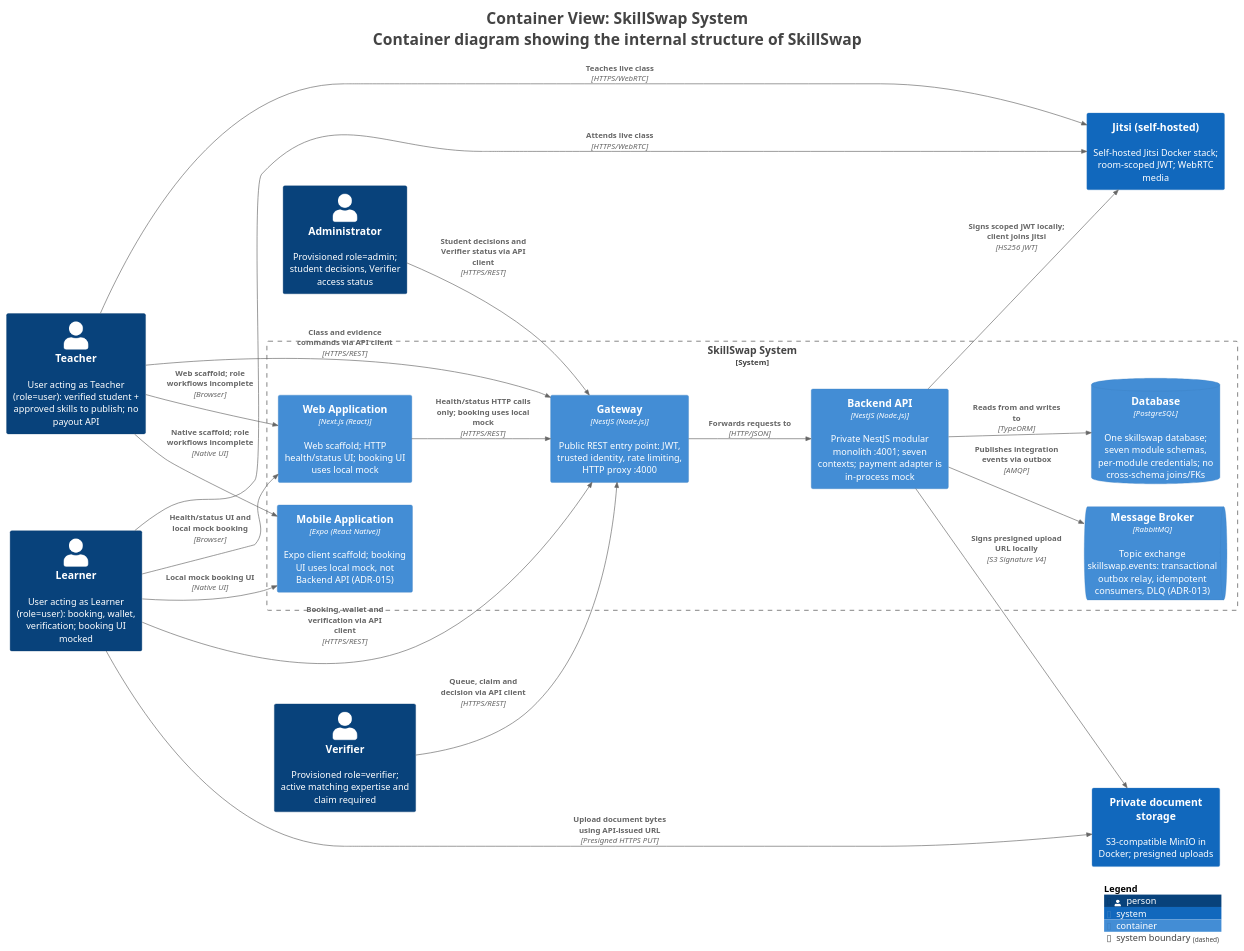
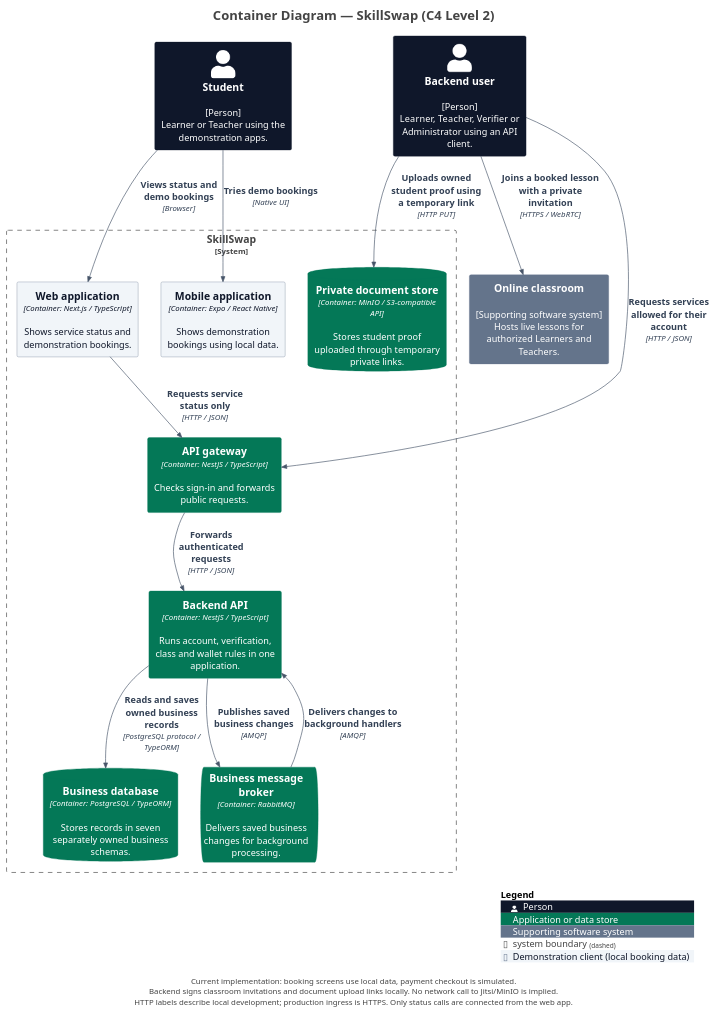
Before and after one commit to trankien022/SkillSwap: the diagram in docs/diagrams/c4/source/structurizr-Containers.puml, drawn with PlantUML. The commit also changed 62 other files, not shown here.

First line of the commit message:
docs(diagrams): refresh diagrams against current code

```diff
--- a/docs/diagrams/c4/source/structurizr-Containers.puml
+++ b/docs/diagrams/c4/source/structurizr-Containers.puml
@@ -1,54 +1,65 @@
 @startuml
-title <size:24>Container View: SkillSwap System</size>\n<size:24>Container diagram showing the internal structure of SkillSwap</size>
+title Container Diagram — SkillSwap (C4 Level 2)
 
 set separator none
-left to right direction
+top to bottom direction
 
 <style>
   root {
     BackgroundColor: #ffffff
     FontColor: #444444
   }
 </style>
 
 !include <C4/C4>
 !include <C4/C4_Context>
 !include <C4/C4_Container>
 
-Person(Learner, "Learner", $descr="User acting as Learner (role=user): booking, wallet, verification; booking UI mocked", $tags="", $link="")
-Person(Teacher, "Teacher", $descr="User acting as Teacher (role=user): verified student + approved skills to publish; no payout API", $tags="", $link="")
-Person(Verifier, "Verifier", $descr="Provisioned role=verifier; active matching expertise and claim required", $tags="", $link="")
-Person(Administrator, "Administrator", $descr="Provisioned role=admin; student decisions, Verifier access status", $tags="", $link="")
-System(Privatedocumentstorage, "Private document storage", $descr="S3-compatible MinIO in Docker; presigned uploads", $tags="", $link="")
-System(Jitsiselfhosted, "Jitsi (self-hosted)", $descr="Self-hosted Jitsi Docker stack; room-scoped JWT; WebRTC media", $tags="", $link="")
+' Presentation only: model elements and relationships come from workspace.dsl.
+skinparam defaultFontName Arial
+skinparam defaultFontSize 14
+skinparam shadowing false
+skinparam nodesep 35
+skinparam ranksep 45
+skinparam footerFontSize 12
+skinparam titleFontSize 20
+UpdateElementStyle("person", $bgColor="#0F172A", $fontColor="#FFFFFF", $borderColor="#0F172A", $legendText="Person")
+UpdateElementStyle("system", $bgColor="#047857", $fontColor="#FFFFFF", $borderColor="#047857", $legendText="Software system in scope")
+UpdateElementStyle("external_system", $bgColor="#64748B", $fontColor="#FFFFFF", $borderColor="#64748B", $legendText="Supporting software system")
+UpdateElementStyle("container", $bgColor="#047857", $fontColor="#FFFFFF", $borderColor="#047857", $legendText="Application or data store")
+UpdateRelStyle($lineColor="#475569", $textColor="#334155")
+AddElementTag("Demo", $bgColor="#F1F5F9", $fontColor="#0F172A", $borderColor="#64748B", $legendText="Demonstration client (local booking data)")
 
-System_Boundary("SkillSwapSystem_boundary", "SkillSwap System", $tags="") {
-  ContainerDb(SkillSwapSystem.Database, "Database", $techn="PostgreSQL", $descr="One skillswap database; seven module schemas, per-module credentials; no cross-schema joins/FKs", $tags="", $link="")
-  ContainerQueue(SkillSwapSystem.MessageBroker, "Message Broker", $techn="RabbitMQ", $descr="Topic exchange skillswap.events: transactional outbox relay, idempotent consumers, DLQ (ADR-013)", $tags="", $link="")
-  Container(SkillSwapSystem.WebApplication, "Web Application", $techn="Next.js (React)", $descr="Web scaffold; HTTP health/status UI; booking UI uses local mock", $tags="", $link="")
-  Container(SkillSwapSystem.MobileApplication, "Mobile Application", $techn="Expo (React Native)", $descr="Expo client scaffold; booking UI uses local mock, not Backend API (ADR-015)", $tags="", $link="")
-  Container(SkillSwapSystem.Gateway, "Gateway", $techn="NestJS (Node.js)", $descr="Public REST entry point: JWT, trusted identity, rate limiting, HTTP proxy :4000", $tags="", $link="")
-  Container(SkillSwapSystem.BackendAPI, "Backend API", $techn="NestJS (Node.js)", $descr="Private NestJS modular monolith :4001; seven contexts; payment adapter is in-process mock", $tags="", $link="")
+Person(Student, "Student", $descr="[Person]\nLearner or Teacher using the demonstration apps.", $tags="", $link="")
+Person(Backenduser, "Backend user", $descr="[Person]\nLearner, Teacher, Verifier or Administrator using an API client.", $tags="", $link="")
+System_Ext(Onlineclassroom, "Online classroom", $descr="[Supporting software system]\nHosts live lessons for authorized Learners and Teachers.", $tags="", $link="")
+
+System_Boundary("SkillSwap_boundary", "SkillSwap", $tags="") {
+  Container(SkillSwap.APIgateway, "API gateway", $techn="Container: NestJS / TypeScript", $descr="Checks sign-in and forwards public requests.", $tags="", $link="")
+  Container(SkillSwap.BackendAPI, "Backend API", $techn="Container: NestJS / TypeScript", $descr="Runs account, verification, class and wallet rules in one application.", $tags="", $link="")
+  ContainerDb(SkillSwap.Businessdatabase, "Business database", $techn="Container: PostgreSQL / TypeORM", $descr="Stores records in seven separately owned business schemas.", $tags="", $link="")
+  ContainerQueue(SkillSwap.Businessmessagebroker, "Business message broker", $techn="Container: RabbitMQ", $descr="Delivers saved business changes for background processing.", $tags="", $link="")
+  ContainerDb(SkillSwap.Privatedocumentstore, "Private document store", $techn="Container: MinIO / S3-compatible API", $descr="Stores student proof uploaded through temporary private links.", $tags="", $link="")
+  Container(SkillSwap.Webapplication, "Web application", $techn="Container: Next.js / TypeScript", $descr="Shows service status and demonstration bookings.", $tags="Demo", $link="")
+  Container(SkillSwap.Mobileapplication, "Mobile application", $techn="Container: Expo / React Native", $descr="Shows demonstration bookings using local data.", $tags="Demo", $link="")
 }
 
-Rel(Learner, SkillSwapSystem.WebApplication, "Health/status UI and local mock booking", $techn="Browser", $tags="", $link="")
-Rel(Teacher, SkillSwapSystem.WebApplication, "Web scaffold; role workflows incomplete", $techn="Browser", $tags="", $link="")
-Rel(Verifier, SkillSwapSystem.Gateway, "Queue, claim and decision via API client", $techn="HTTPS/REST", $tags="", $link="")
-Rel(Administrator, SkillSwapSystem.Gateway, "Student decisions and Verifier status via API client", $techn="HTTPS/REST", $tags="", $link="")
-Rel(Learner, SkillSwapSystem.MobileApplication, "Local mock booking UI", $techn="Native UI", $tags="", $link="")
-Rel(Teacher, SkillSwapSystem.MobileApplication, "Native scaffold; role workflows incomplete", $techn="Native UI", $tags="", $link="")
-Rel(Learner, SkillSwapSystem.Gateway, "Booking, wallet and verification via API client", $techn="HTTPS/REST", $tags="", $link="")
-Rel(Teacher, SkillSwapSystem.Gateway, "Class and evidence commands via API client", $techn="HTTPS/REST", $tags="", $link="")
-Rel(Learner, Privatedocumentstorage, "Upload document bytes using API-issued URL", $techn="Presigned HTTPS PUT", $tags="", $link="")
-Rel(Teacher, Jitsiselfhosted, "Teaches live class", $techn="HTTPS/WebRTC", $tags="", $link="")
-Rel(Learner, Jitsiselfhosted, "Attends live class", $techn="HTTPS/WebRTC", $tags="", $link="")
-Rel(SkillSwapSystem.WebApplication, SkillSwapSystem.Gateway, "Health/status HTTP calls only; booking uses local mock", $techn="HTTPS/REST", $tags="", $link="")
-Rel(SkillSwapSystem.Gateway, SkillSwapSystem.BackendAPI, "Forwards requests to", $techn="HTTP/JSON", $tags="", $link="")
-Rel(SkillSwapSystem.BackendAPI, SkillSwapSystem.Database, "Reads from and writes to", $techn="TypeORM", $tags="", $link="")
-Rel(SkillSwapSystem.BackendAPI, SkillSwapSystem.MessageBroker, "Publishes integration events via outbox", $techn="AMQP", $tags="", $link="")
-Rel(SkillSwapSystem.BackendAPI, Jitsiselfhosted, "Signs scoped JWT locally; client joins Jitsi", $techn="HS256 JWT", $tags="", $link="")
-Rel(SkillSwapSystem.BackendAPI, Privatedocumentstorage, "Signs presigned upload URL locally", $techn="S3 Signature V4", $tags="", $link="")
+Rel(Student, SkillSwap.Webapplication, "Views status and demo bookings", $techn="Browser", $tags="", $link="")
+Rel(Student, SkillSwap.Mobileapplication, "Tries demo bookings", $techn="Native UI", $tags="", $link="")
+Rel(Backenduser, SkillSwap.APIgateway, "Requests services allowed for their account", $techn="HTTP / JSON", $tags="", $link="")
+Rel(Backenduser, SkillSwap.Privatedocumentstore, "Uploads owned student proof using a temporary link", $techn="HTTP PUT", $tags="", $link="")
+Rel(Backenduser, Onlineclassroom, "Joins a booked lesson with a private invitation", $techn="HTTPS / WebRTC", $tags="", $link="")
+Rel(SkillSwap.Webapplication, SkillSwap.APIgateway, "Requests service status only", $techn="HTTP / JSON", $tags="", $link="")
+Rel(SkillSwap.APIgateway, SkillSwap.BackendAPI, "Forwards authenticated requests", $techn="HTTP / JSON", $tags="", $link="")
+Rel(SkillSwap.BackendAPI, SkillSwap.Businessdatabase, "Reads and saves owned business records", $techn="PostgreSQL protocol / TypeORM", $tags="", $link="")
+Rel(SkillSwap.BackendAPI, SkillSwap.Businessmessagebroker, "Publishes saved business changes", $techn="AMQP", $tags="", $link="")
+Rel(SkillSwap.Businessmessagebroker, SkillSwap.BackendAPI, "Delivers changes to background handlers", $techn="AMQP", $tags="", $link="")
 
-SHOW_LEGEND(true)
-hide stereotypes
+Lay_R(Student, Backenduser)
+Lay_R(SkillSwap.Webapplication, SkillSwap.Mobileapplication)
+Lay_D(SkillSwap.APIgateway, SkillSwap.BackendAPI)
+Lay_R(SkillSwap.Businessdatabase, SkillSwap.Businessmessagebroker)
+Lay_R(SkillSwap.Privatedocumentstore, Onlineclassroom)
+SHOW_LEGEND()
+footer Current implementation: booking screens use local data, payment checkout is simulated.\nBackend signs classroom invitations and document upload links locally. No network call to Jitsi/MinIO is implied.\nHTTP labels describe local development; production ingress is HTTPS. Only status calls are connected from the web app.
 @enduml
```
